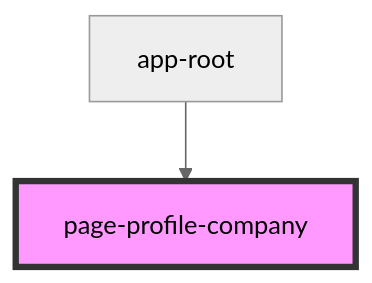
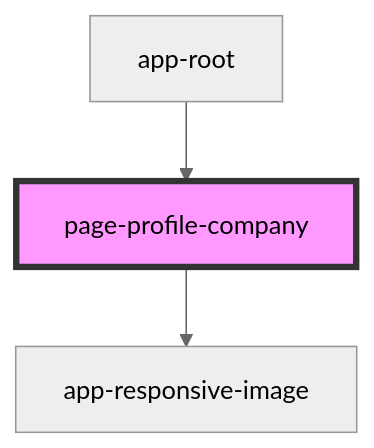
The diagram in iconeventnetwork-web/src/components/pages/page-profile-company/readme.md (lokheed/IconEventNetwork.Web), drawn with Mermaid (neutral theme) before and after one commit. The commit also changed other lines of this file and 13 other files, not shown here.

````diff
--- a/iconeventnetwork-web/src/components/pages/page-profile-company/readme.md
+++ b/iconeventnetwork-web/src/components/pages/page-profile-company/readme.md
@@ -22,5 +26,6 @@
 ```mermaid
 graph TD;
+  page-profile-company --> app-responsive-image
   app-root --> page-profile-company
   style page-profile-company fill:#f9f,stroke:#333,stroke-width:4px
 ```
````
